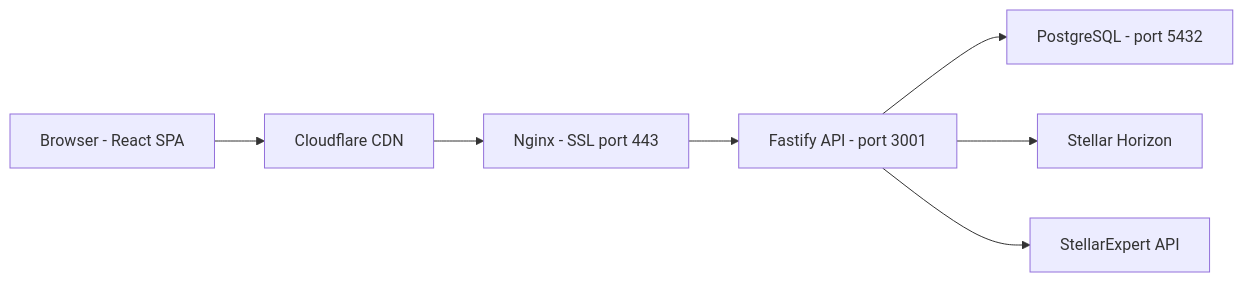
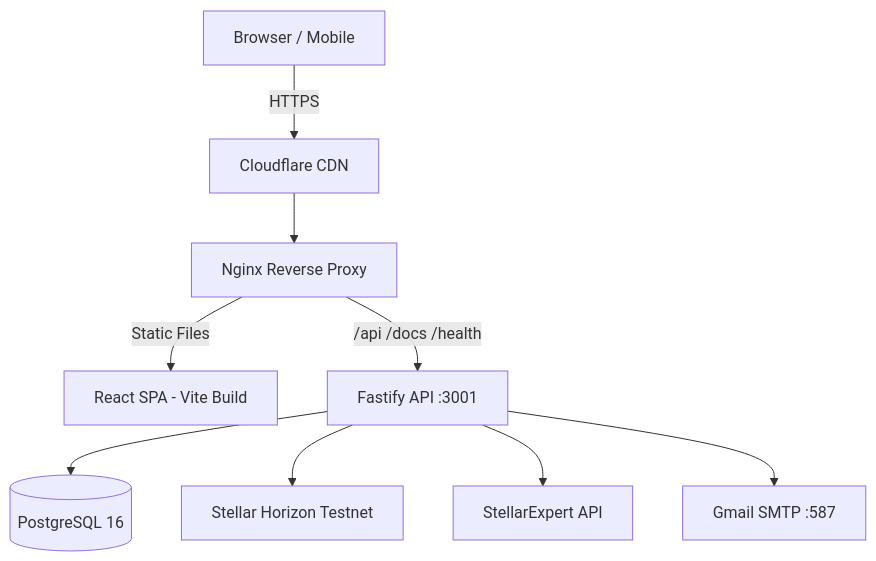
The first of 5 diagrams in docs/ARCHITECTURE.md (SM-Web-Systems/stellar-wallet), drawn with Mermaid before and after one commit. The commit also changed other lines of this file and 5 other files, not shown here.

First line of the commit message:
docs: update README, architecture, API, MoSCoW, deployment, and FAQ

````diff
--- a/docs/ARCHITECTURE.md
+++ b/docs/ARCHITECTURE.md
@@ -5,9 +5,11 @@
 ```mermaid
-graph LR
-    A[Browser - React SPA] --> B[Cloudflare CDN]
-    B --> C[Nginx - SSL port 443]
-    C --> D[Fastify API - port 3001]
-    D --> E[PostgreSQL - port 5432]
-    D --> F[Stellar Horizon]
-    D --> G[StellarExpert API]
+graph TD
+    A[Browser / Mobile] -->|HTTPS| B[Cloudflare CDN]
+    B --> C[Nginx Reverse Proxy]
+    C -->|Static Files| D[React SPA - Vite Build]
+    C -->|/api /docs /health| E[Fastify API :3001]
+    E --> F[(PostgreSQL 16)]
+    E --> G[Stellar Horizon Testnet]
+    E --> H[StellarExpert API]
+    E --> I[Gmail SMTP :587]
 ```
````
